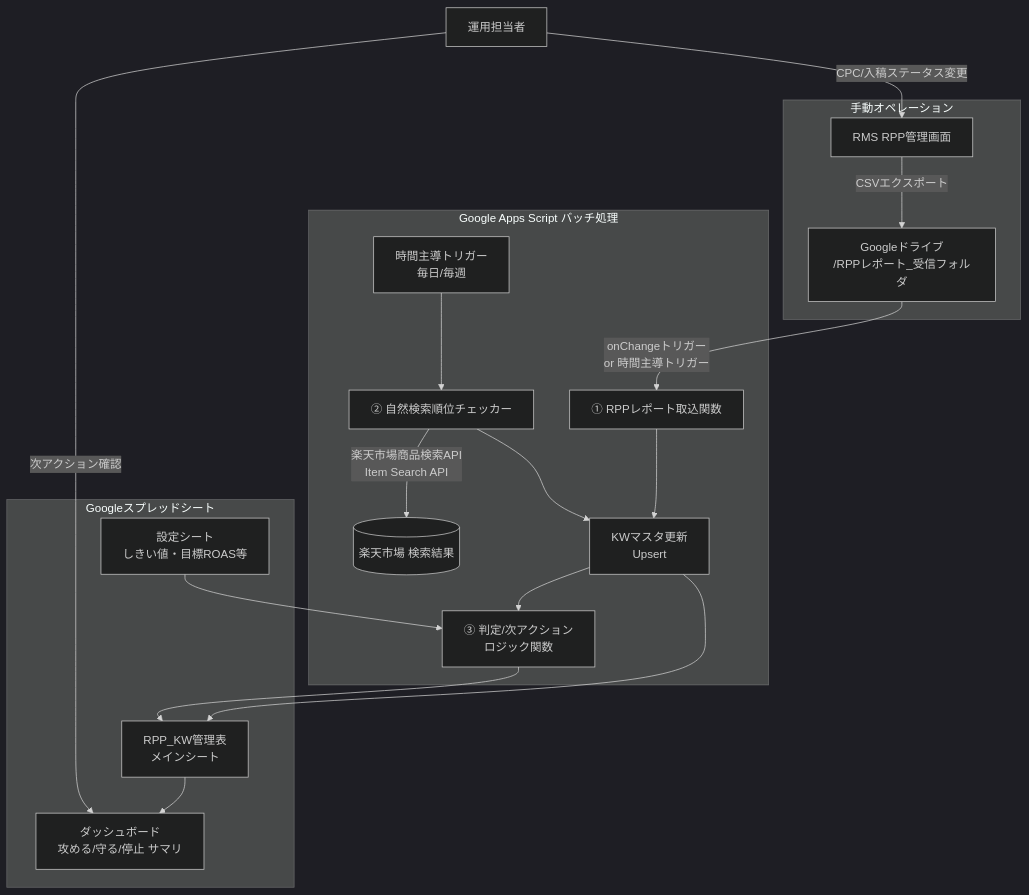
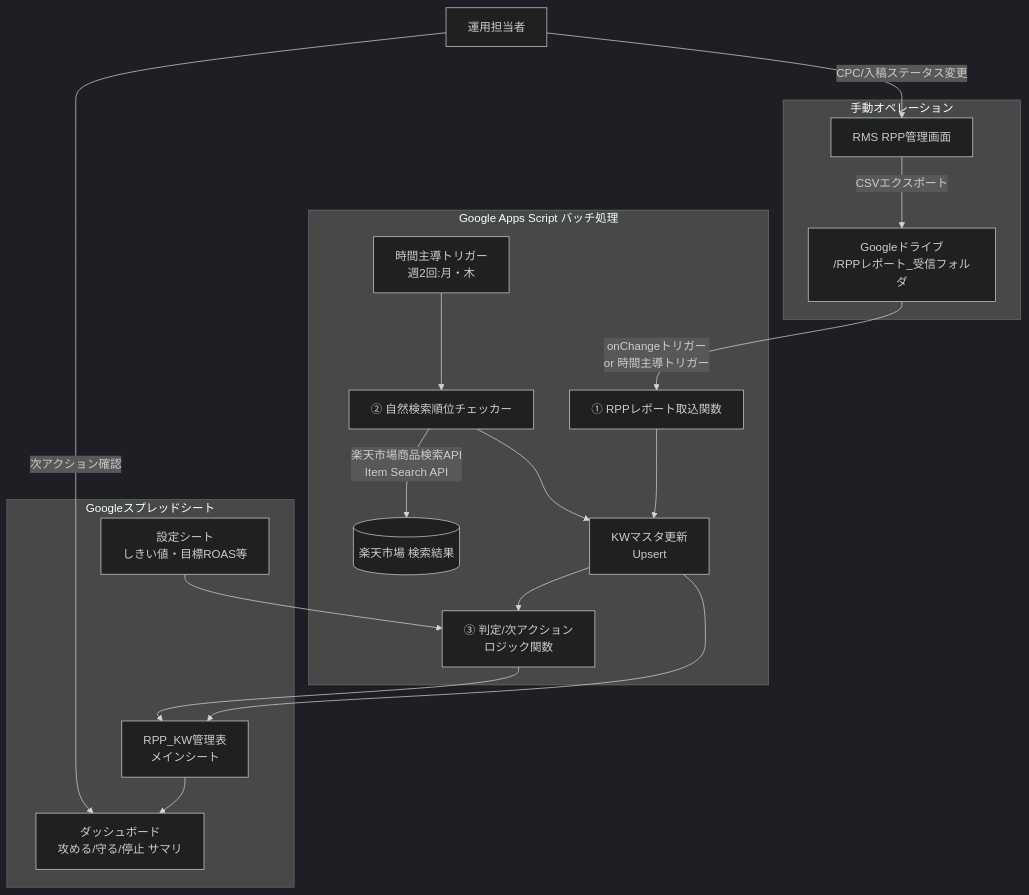
The diagram in docs/rakuten-rpp-management-design.md (t-kamiya-lgtm/new-gym-project), drawn with Mermaid (dark theme) before and after one commit. The commit also changed other lines of this file, not shown here.

````diff
--- a/docs/rakuten-rpp-management-design.md
+++ b/docs/rakuten-rpp-management-design.md
@@ -42,25 +42,25 @@
 ```mermaid
 flowchart TB
     subgraph 手動オペレーション
         A[RMS RPP管理画面] -->|CSVエクスポート| B[Googleドライブ\n/RPPレポート_受信フォルダ]
     end
 
     subgraph Google Apps Script バッチ処理
         B -->|onChangeトリガー\nor 時間主導トリガー| C[① RPPレポート取込関数]
-        D[時間主導トリガー\n毎日/毎週] --> E[② 自然検索順位チェッカー]
+        D[時間主導トリガー\n週2回:月・木] --> E[② 自然検索順位チェッカー]
         E -->|楽天市場商品検索API\nItem Search API| F[(楽天市場 検索結果)]
         C --> G[KWマスタ更新\nUpsert]
         E --> G
         G --> H[③ 判定/次アクション\nロジック関数]
     end
 
     subgraph Googleスプレッドシート
         G --> I[RPP_KW管理表\nメインシート]
         H --> I
         I --> J[ダッシュボード\n攻める/守る/停止 サマリ]
         K[設定シート\nしきい値・目標ROAS等] --> H
     end
 
     L[運用担当者] -->|次アクション確認| J
     L -->|CPC/入稿ステータス変更| A
 ```
````
